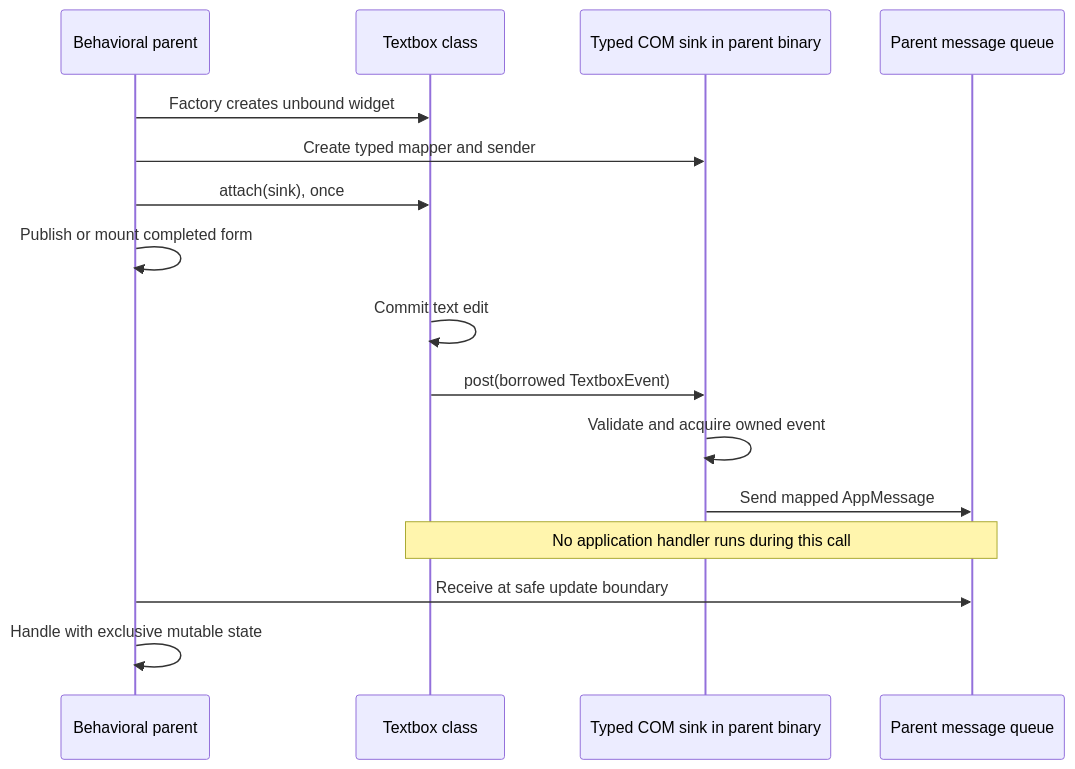
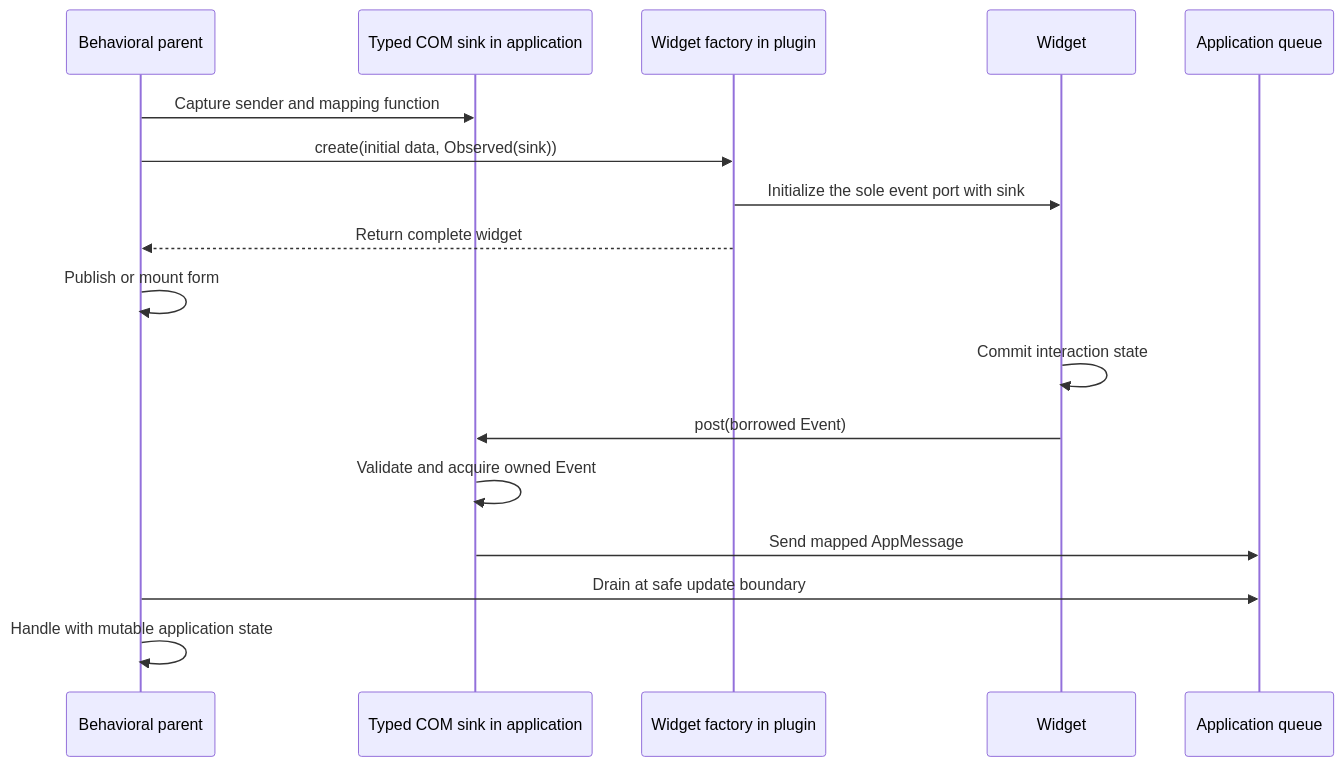
Before and after one commit to NeoCogi/neocogi-ui: the first of 2 diagrams in docs/CLASS_EVENT_STREAMS.md, drawn with Mermaid. The commit also changed other lines of this file and 77 other files, not shown here.

````diff
--- a/docs/CLASS_EVENT_STREAMS.md
+++ b/docs/CLASS_EVENT_STREAMS.md
@@ -25,18 +15,19 @@
 ```mermaid
 sequenceDiagram
     participant P as Behavioral parent
-    participant W as Textbox class
-    participant S as Typed COM sink in parent binary
-    participant Q as Parent message queue
-    P->>W: Factory creates unbound widget
-    P->>S: Create typed mapper and sender
-    P->>W: attach(sink), once
-    P->>P: Publish or mount completed form
-    W->>W: Commit text edit
-    W->>S: post(borrowed TextboxEvent)
-    S->>S: Validate and acquire owned event
+    participant S as Typed COM sink in application
+    participant F as Widget factory in plugin
+    participant W as Widget
+    participant Q as Application queue
+    P->>S: Capture sender and mapping function
+    P->>F: create(initial data, Observed(sink))
+    F->>W: Initialize the sole event port with sink
+    F-->>P: Return complete widget
+    P->>P: Publish or mount form
+    W->>W: Commit interaction state
+    W->>S: post(borrowed Event)
+    S->>S: Validate and acquire owned Event
     S->>Q: Send mapped AppMessage
-    Note over W,Q: No application handler runs during this call
-    P->>Q: Receive at safe update boundary
-    P->>P: Handle with exclusive mutable state
+    P->>Q: Drain at safe update boundary
+    P->>P: Handle with mutable application state
 ```
````
